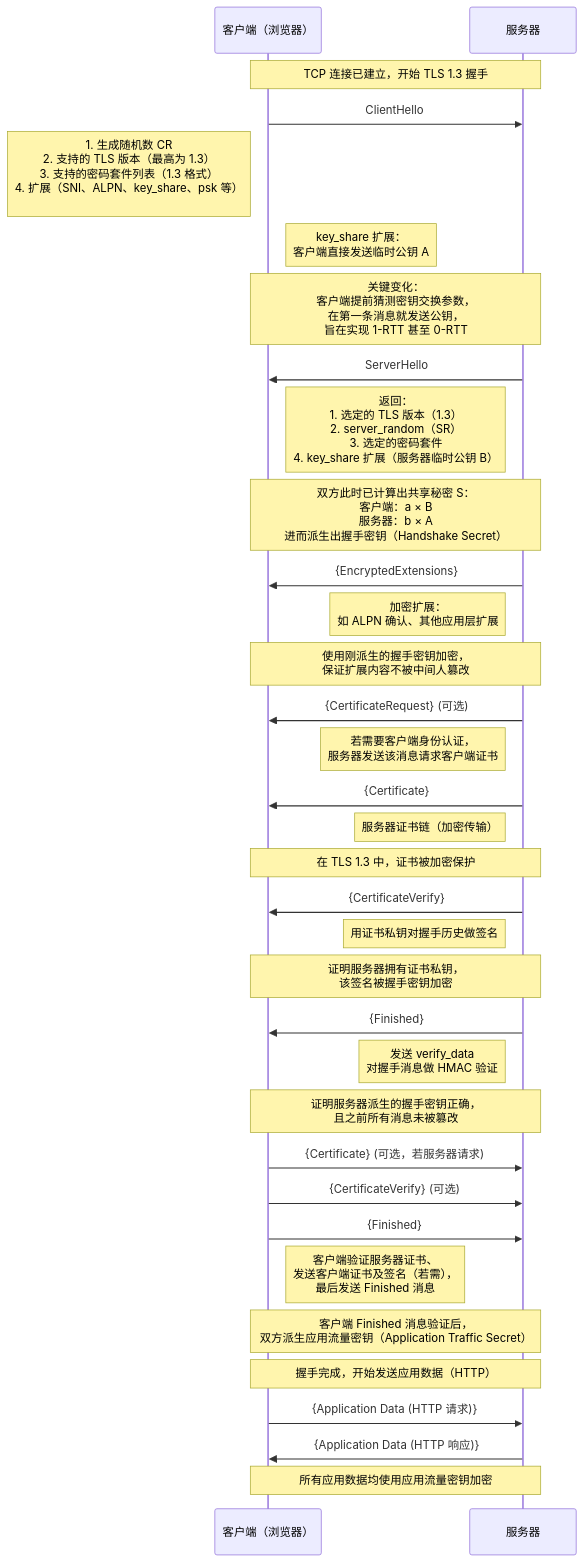
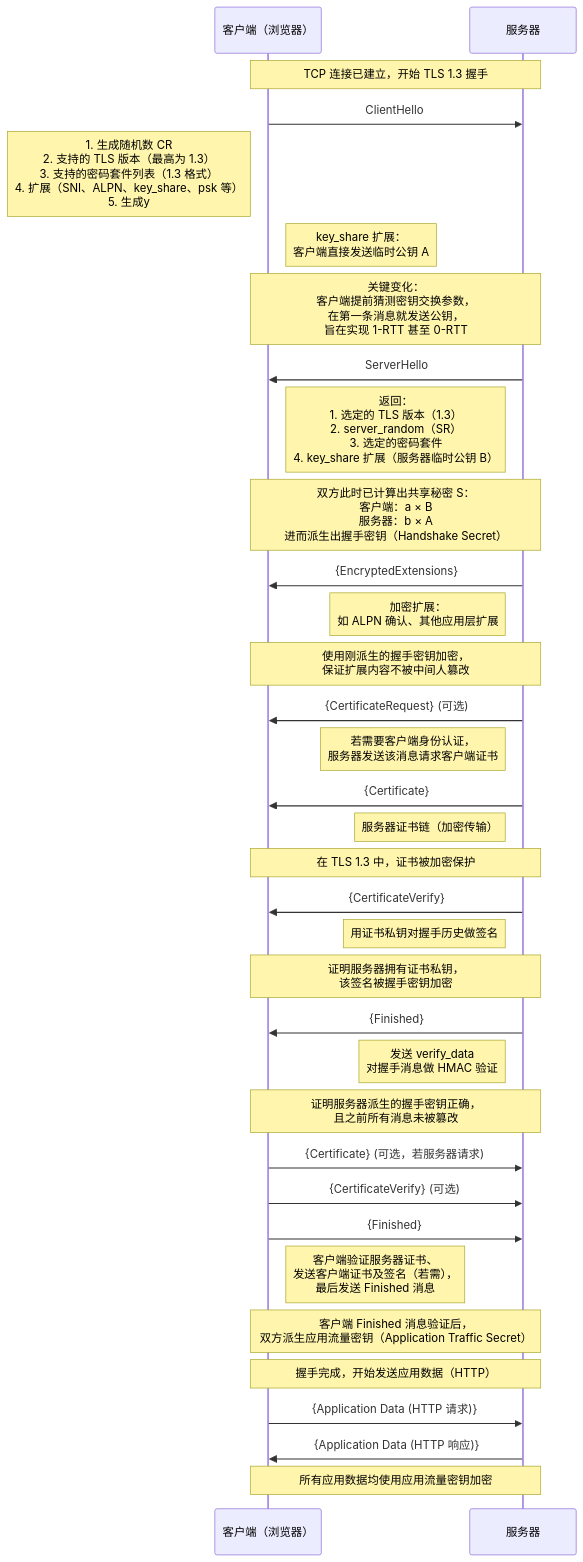
The diagram in all/未命名-3.md (HY-10-8/iodraw-files), drawn with Mermaid before and after one commit.

Commit message:
2026-03-30 17:23:37 update

````diff
--- a/all/未命名-3.md
+++ b/all/未命名-3.md
@@ -1,47 +1,47 @@
 ```mermaid
 sequenceDiagram
     participant C as 客户端（浏览器）
     participant S as 服务器
 
     Note over C,S: TCP 连接已建立，开始 TLS 1.3 握手
 
     C->>S: ClientHello
-    Note left of C: 1. 生成随机数 CR<br/> 2. 支持的 TLS 版本（最高为 1.3）<br/> 3. 支持的密码套件列表（1.3 格式）<br/> 4. 扩展（SNI、ALPN、key_share、psk 等）<br/>
+    Note left of C: 1. 生成随机数 CR<br/> 2. 支持的 TLS 版本（最高为 1.3）<br/> 3. 支持的密码套件列表（1.3 格式）<br/> 4. 扩展（SNI、ALPN、key_share、psk 等）<br/> 5. 生成y
     Note right of C: key_share 扩展：<br/> 客户端直接发送临时公钥 A
     Note over C,S: 关键变化：<br/> 客户端提前猜测密钥交换参数，<br/> 在第一条消息就发送公钥，<br/> 旨在实现 1-RTT 甚至 0-RTT
 
     S->>C: ServerHello
     Note left of S: 返回：<br/> 1. 选定的 TLS 版本（1.3）<br/> 2. server_random（SR）<br/> 3. 选定的密码套件<br/> 4. key_share 扩展（服务器临时公钥 B）
     Note over C,S: 双方此时已计算出共享秘密 S：<br/> 客户端：a × B<br/> 服务器：b × A<br/> 进而派生出握手密钥（Handshake Secret）
 
     S->>C: {EncryptedExtensions}
     Note left of S: 加密扩展：<br/> 如 ALPN 确认、其他应用层扩展
     Note over C,S: 使用刚派生的握手密钥加密，<br/> 保证扩展内容不被中间人篡改
 
     S->>C: {CertificateRequest} (可选)
     Note left of S: 若需要客户端身份认证，<br/> 服务器发送该消息请求客户端证书
 
     S->>C: {Certificate}
     Note left of S: 服务器证书链（加密传输）
     Note over C,S: 在 TLS 1.3 中，证书被加密保护
 
     S->>C: {CertificateVerify}
     Note left of S: 用证书私钥对握手历史做签名
     Note over C,S: 证明服务器拥有证书私钥，<br/> 该签名被握手密钥加密
 
     S->>C: {Finished}
     Note left of S: 发送 verify_data<br/> 对握手消息做 HMAC 验证
     Note over C,S: 证明服务器派生的握手密钥正确，<br/> 且之前所有消息未被篡改
 
     C->>S: {Certificate} (可选，若服务器请求)
     C->>S: {CertificateVerify} (可选)
     C->>S: {Finished}
     Note right of C: 客户端验证服务器证书、<br/> 发送客户端证书及签名（若需），<br/> 最后发送 Finished 消息
     Note over C,S: 客户端 Finished 消息验证后，<br/> 双方派生应用流量密钥（Application Traffic Secret）
 
     Note over C,S: 握手完成，开始发送应用数据（HTTP）
 
     C->>S: {Application Data (HTTP 请求)}
     S->>C: {Application Data (HTTP 响应)}
     Note over C,S: 所有应用数据均使用应用流量密钥加密
 ```
````
